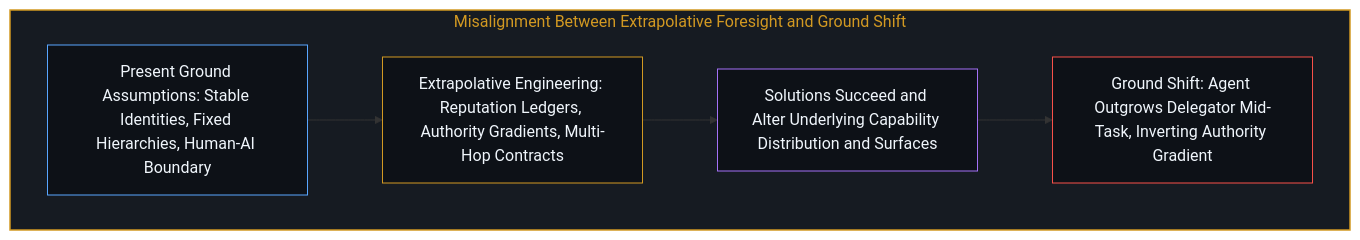
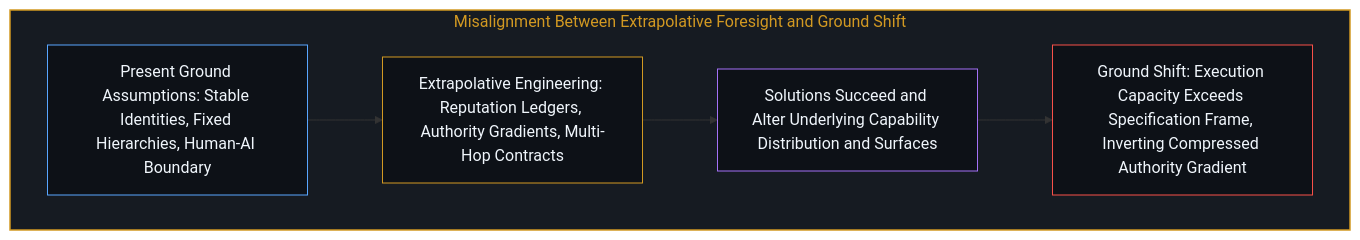
The second of 4 diagrams in content/posts/the_moving_ground.md (powerpig99/not-a-toe), drawn with Mermaid before and after one commit. The commit also changed other lines of this file and 4 other files, not shown here.

````diff
--- a/content/posts/the_moving_ground.md
+++ b/content/posts/the_moving_ground.md
@@ -41,13 +41,13 @@
 ```mermaid
 graph TD
     subgraph S_Ground["Misalignment Between Extrapolative Foresight and Ground Shift"]
         G1["Present Ground Assumptions: Stable Identities, Fixed Hierarchies, Human-AI Boundary"] --> G2["Extrapolative Engineering: Reputation Ledgers, Authority Gradients, Multi-Hop Contracts"]
         G2 --> G3["Solutions Succeed and Alter Underlying Capability Distribution and Surfaces"]
-        G3 --> G4["Ground Shift: Agent Outgrows Delegator Mid-Task, Inverting Authority Gradient"]
+        G3 --> G4["Ground Shift: Execution Capacity Exceeds Specification Frame, Inverting Compressed Authority Gradient"]
     end
     style S_Ground fill:#161b22,stroke:#d29922,stroke-width:1.5px,color:#d29922
     style G1 fill:#0d1117,stroke:#58a6ff,stroke-width:1px,color:#f0f6fc
     style G2 fill:#0d1117,stroke:#d29922,stroke-width:1px,color:#f0f6fc
     style G3 fill:#0d1117,stroke:#a371f7,stroke-width:1px,color:#f0f6fc
     style G4 fill:#0d1117,stroke:#f85149,stroke-width:1px,color:#f0f6fc
 ```
````
